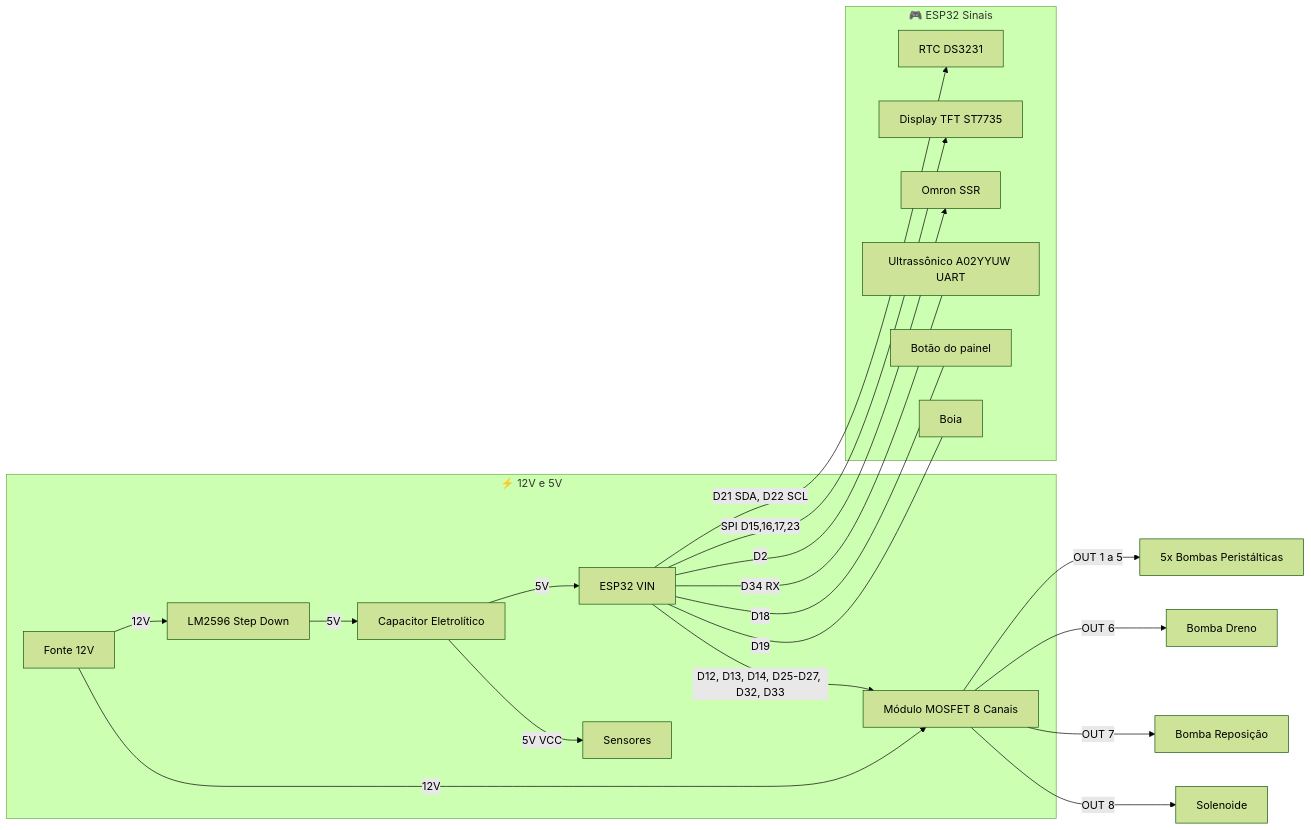
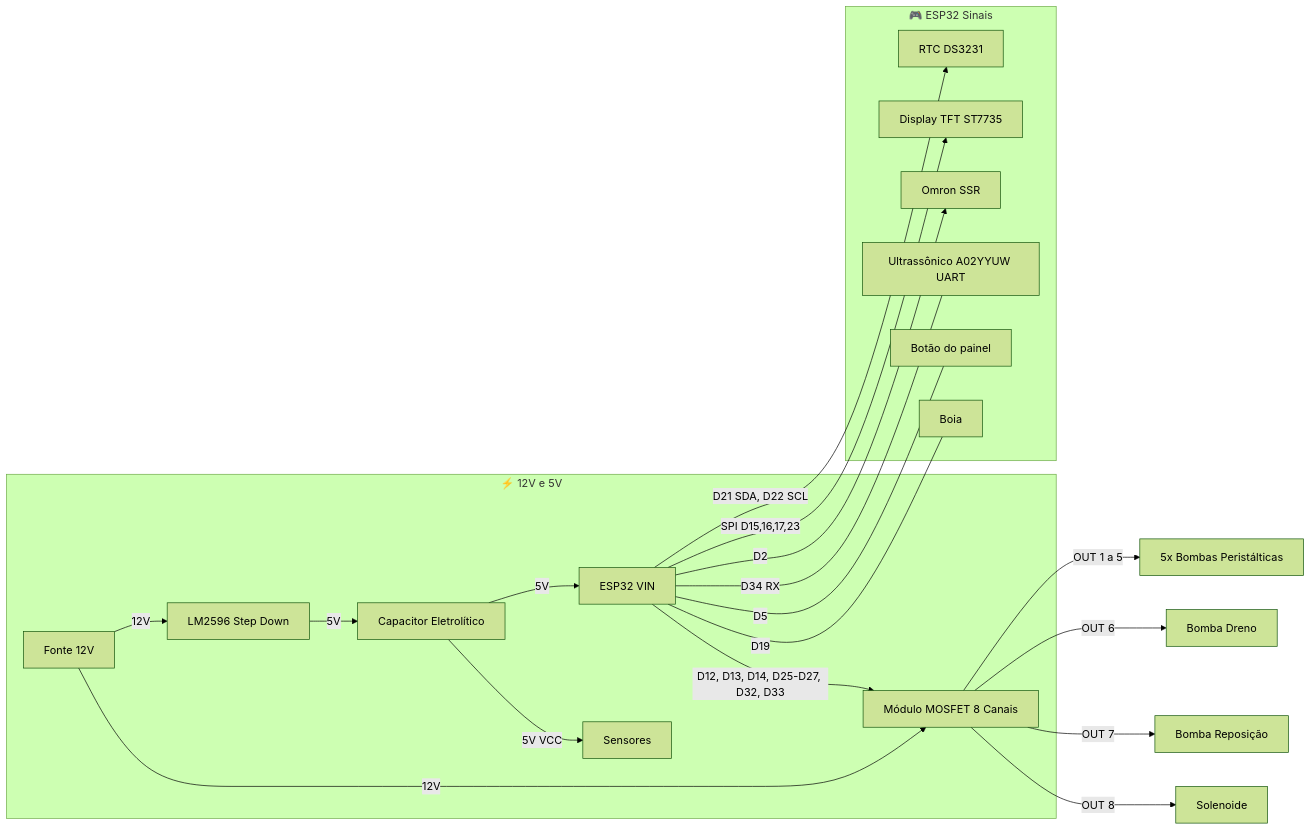
One commit to PhilipeGatis/IARA changed the second of 2 diagrams in README.pt-BR.md. Above: the diagram before and after it, drawn with Mermaid (forest theme). The commit also changed other lines of this file and 7 other files, not shown here.

````diff
--- a/README.pt-BR.md
+++ b/README.pt-BR.md
@@ -112,25 +112,25 @@
 ```mermaid
 graph LR
   subgraph Alimentacao [⚡ 12V e 5V]
     PSU[Fonte 12V] -->|12V| MOSFET[Módulo MOSFET 8 Canais]
     PSU -->|12V| LM2596[LM2596 Step Down]
     LM2596 -->|5V| Cap[Capacitor Eletrolítico]
     Cap -->|5V| ESP32[ESP32 VIN]
     Cap -->|5V VCC| SENS[Sensores]
   end
 
   subgraph Sinais [🎮 ESP32 Sinais]
     ESP32 -->|D21 SDA, D22 SCL| I2C[RTC DS3231]
     ESP32 -->|SPI D15,16,17,23| TFT[Display TFT ST7735]
     ESP32 -->|D12, D13, D14, D25-D27, D32, D33| MOSFET
     ESP32 -->|D2| SSR[Omron SSR]
     ESP32 ---|D34 RX| Ultra[Ultrassônico A02YYUW UART]
-    ESP32 ---|D18| Button[Botão do painel]
+    ESP32 ---|D5| Button[Botão do painel]
     ESP32 ---|D19| Float[Boia]
   end
 
   MOSFET -->|OUT 1 a 5| Peristalticas[5x Bombas Peristálticas]
   MOSFET -->|OUT 6| Diaphragm[Bomba Dreno]
   MOSFET -->|OUT 7| WaterPump[Bomba Reposição]
   MOSFET -->|OUT 8| Solenoid[Solenoide]
 ```
````
